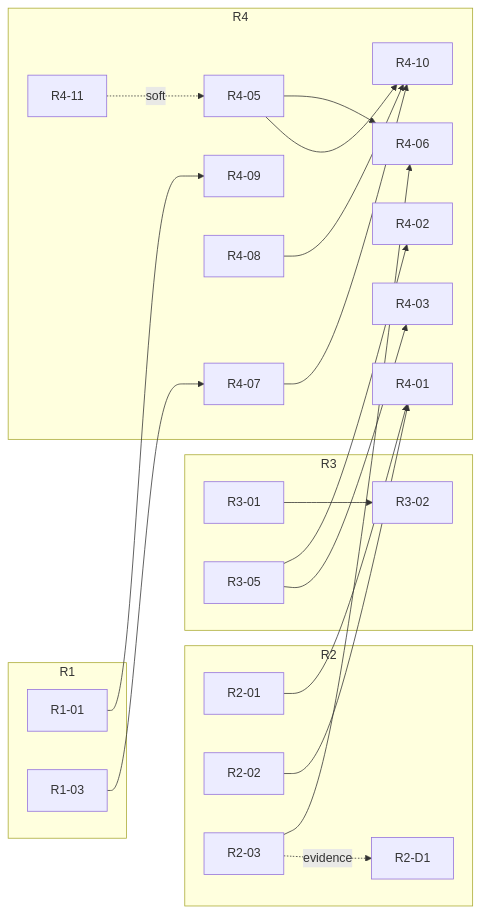
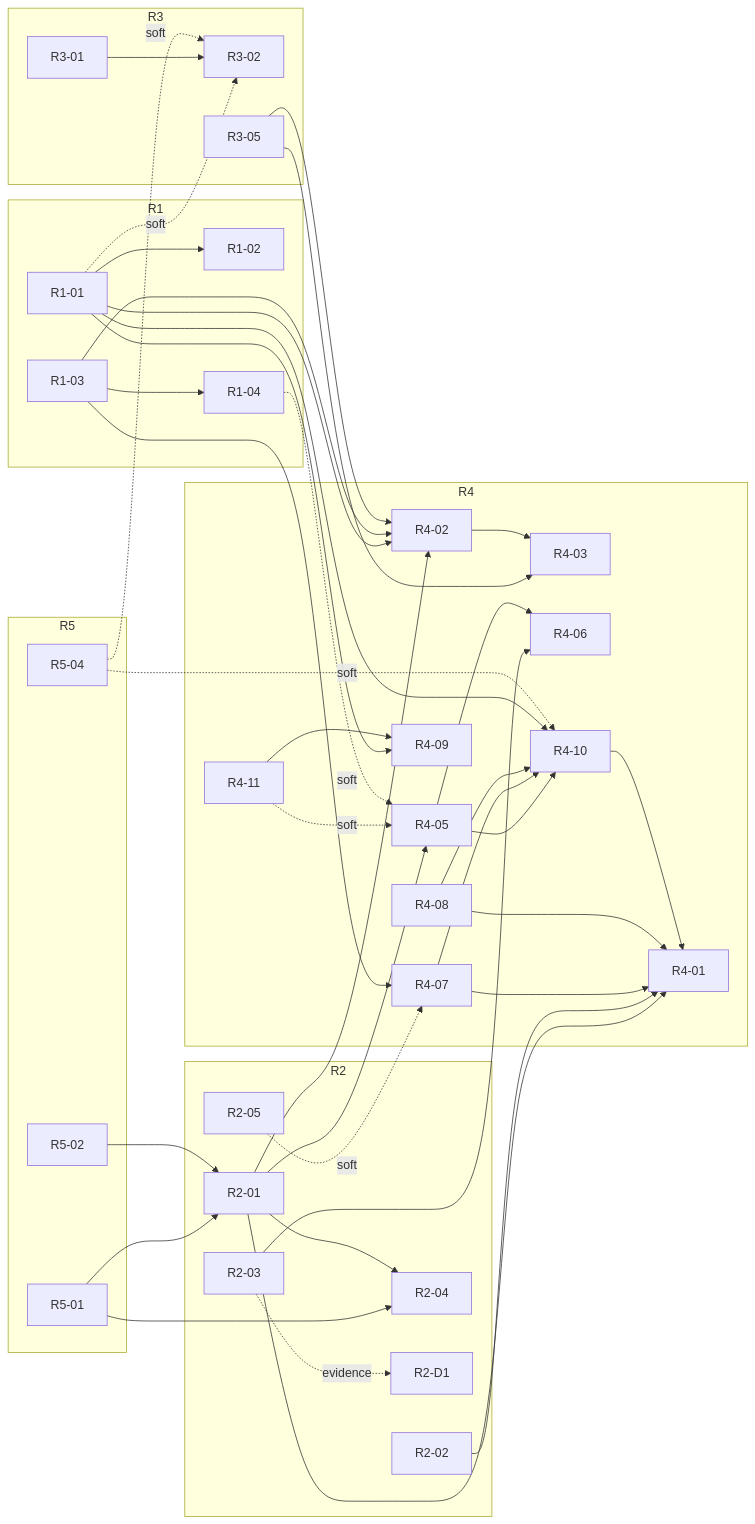
One commit to parsoFish/forge-studio changed the diagram in docs/roadmaps/README.md. Above: the diagram before and after it, drawn with Mermaid. The commit also changed other lines of this file and 7 other files, not shown here.

Commit message:
docs(roadmaps): adversarial-review amendment pass — 30 findings + 4 operator decisions folded in

````diff
--- a/docs/roadmaps/README.md
+++ b/docs/roadmaps/README.md
@@ -85,29 +95,53 @@
 ```mermaid
 graph LR
-  subgraph R1
-    R1-01; R1-03
+  subgraph R5
+    R5-01; R5-02; R5-04
   end
   subgraph R2
-    R2-01; R2-02; R2-03; R2-D1
+    R2-01; R2-02; R2-03; R2-04; R2-05; R2-D1
+  end
+  subgraph R1
+    R1-01; R1-02; R1-03; R1-04
   end
   subgraph R3
     R3-01; R3-02; R3-05
   end
   subgraph R4
     R4-01; R4-02; R4-03; R4-05; R4-06; R4-07; R4-08; R4-09; R4-10; R4-11
   end
+  R5-01 --> R2-01
+  R5-02 --> R2-01
+  R5-01 --> R2-04
+  R2-01 --> R2-04
   R2-01 --> R4-01
   R2-02 --> R4-01
+  R2-01 --> R4-02
+  R2-01 --> R4-05
   R4-11 -. soft .-> R4-05
+  R1-04 -. soft .-> R4-05
   R2-03 --> R4-06
   R4-05 --> R4-06
   R1-03 --> R4-07
+  R2-05 -. soft .-> R4-07
   R1-01 --> R4-09
+  R4-11 --> R4-09
+  R1-01 --> R4-02
+  R1-03 --> R4-02
   R3-05 --> R4-02
   R3-05 --> R4-03
+  R4-02 --> R4-03
   R4-05 --> R4-10
   R4-07 --> R4-10
   R4-08 --> R4-10
+  R4-07 --> R4-01
+  R4-08 --> R4-01
+  R4-10 --> R4-01
+  R1-01 --> R4-10
+  R1-01 --> R1-02
+  R1-03 --> R1-04
   R3-01 --> R3-02
+  R1-01 -. soft .-> R3-02
+  R5-04 -. soft .-> R3-02
+  R5-04 -. soft .-> R4-10
   R2-03 -. evidence .-> R2-D1
 ```
````
